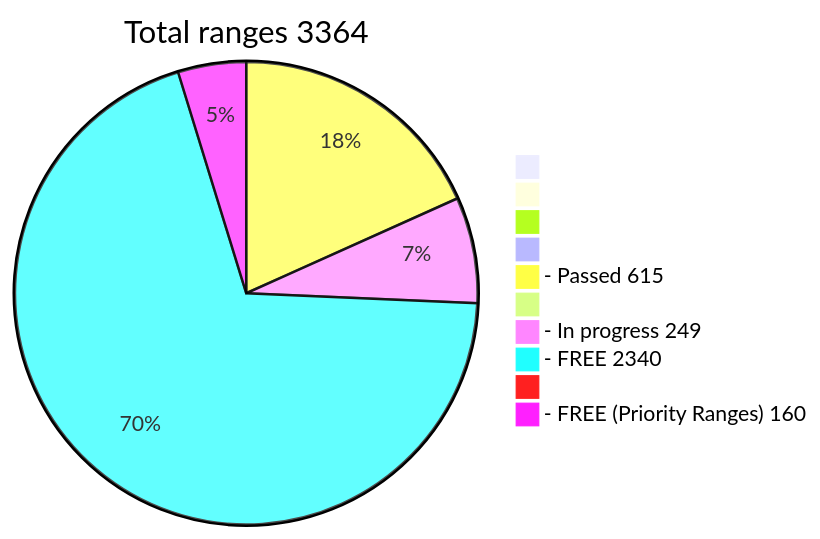
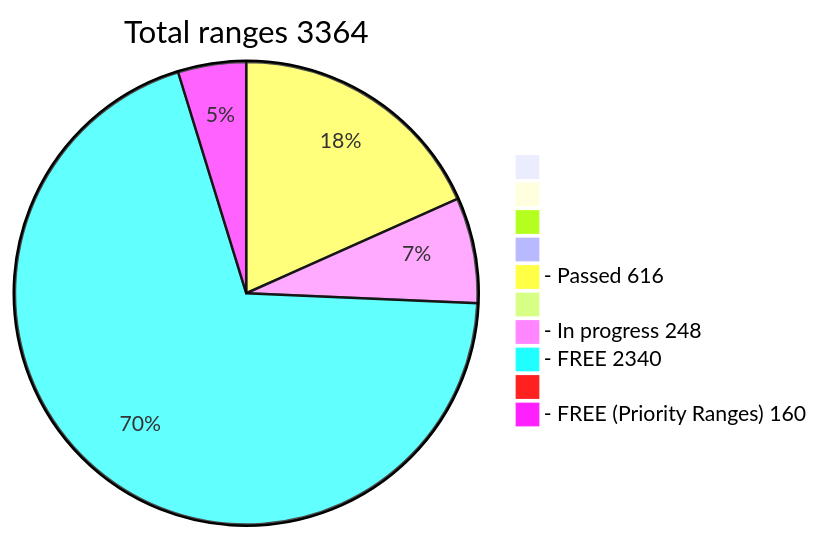
Before and after one commit to phrutis/wif500: the diagram in README.md, drawn with Mermaid.

````diff
--- a/README.md
+++ b/README.md
@@ -16,13 +16,13 @@
 ```mermaid
 pie title Total ranges 3364
              " " : 0
             "  " : 0
            "   " : 0
           "    " : 0
-  "- Passed 615" : 615
+  "- Passed 616" : 616
          "     " : 0
-  "- In progress 249" : 249
+  "- In progress 248" : 248
    "- FREE 2340" : 2340
         "      " : 0
   "- FREE (Priority Ranges) 160" : 160
 ```
````
